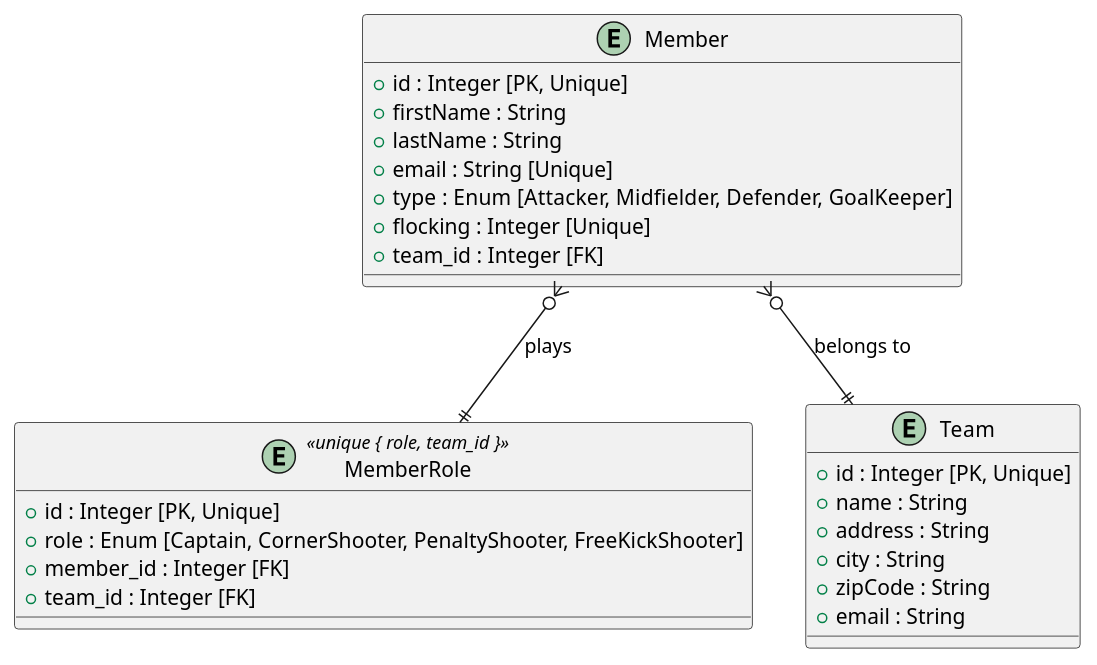
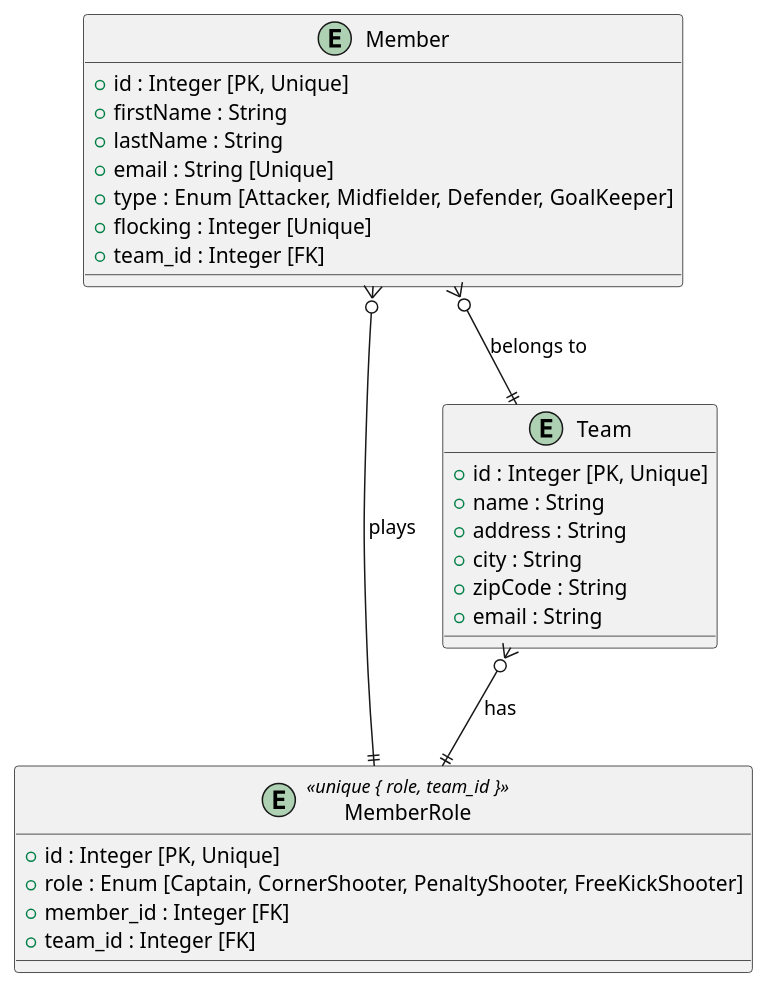
Before and after one commit to ETML-ES-FWBE/ZucchinIT: the diagram in docs/mld.puml, drawn with PlantUML. The commit also changed 4 other files, not shown here.

```diff
--- a/docs/mld.puml
+++ b/docs/mld.puml
@@ -1,30 +1,31 @@
 @startuml
 entity Member {
     + id : Integer [PK, Unique]
     + firstName : String
     + lastName : String
     + email : String [Unique]
     + type : Enum [Attacker, Midfielder, Defender, GoalKeeper]
     + flocking : Integer [Unique]
     + team_id : Integer [FK]
 }
 
 entity MemberRole <<unique { role, team_id }>> {
     + id : Integer [PK, Unique]
     + role : Enum [Captain, CornerShooter, PenaltyShooter, FreeKickShooter]
     + member_id : Integer [FK]
     + team_id : Integer [FK]
 }
 
 entity Team {
     + id : Integer [PK, Unique]
     + name : String
     + address : String
     + city : String
     + zipCode : String
     + email : String
 }
 
 Member }o--|| Team : "belongs to"
 Member }o--|| MemberRole : "plays"
+Team }o--|| MemberRole : "has"
 @enduml
```
